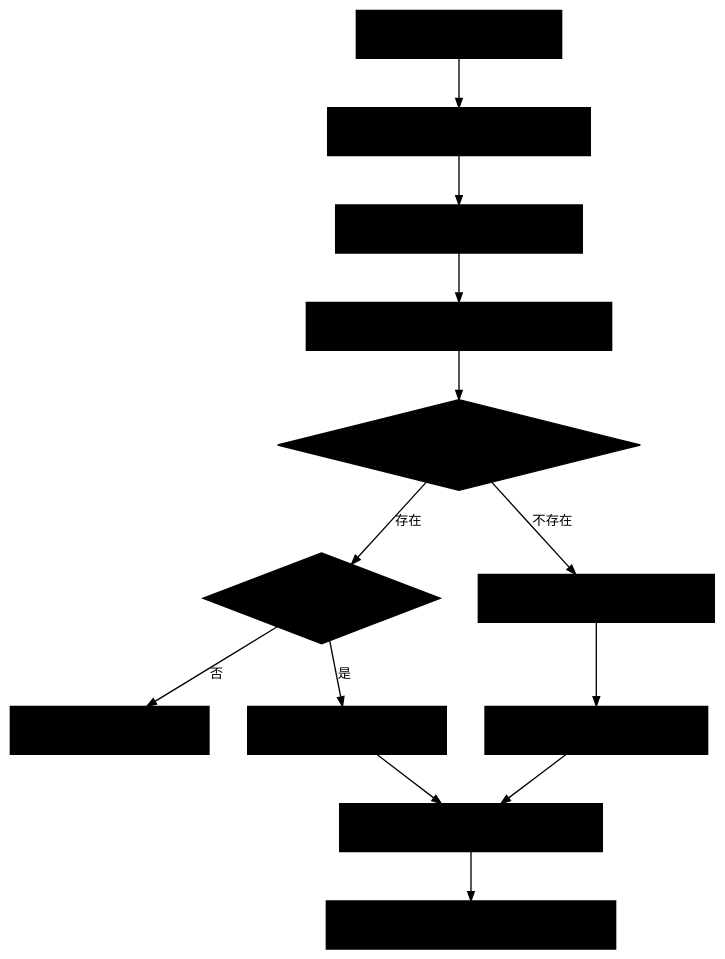
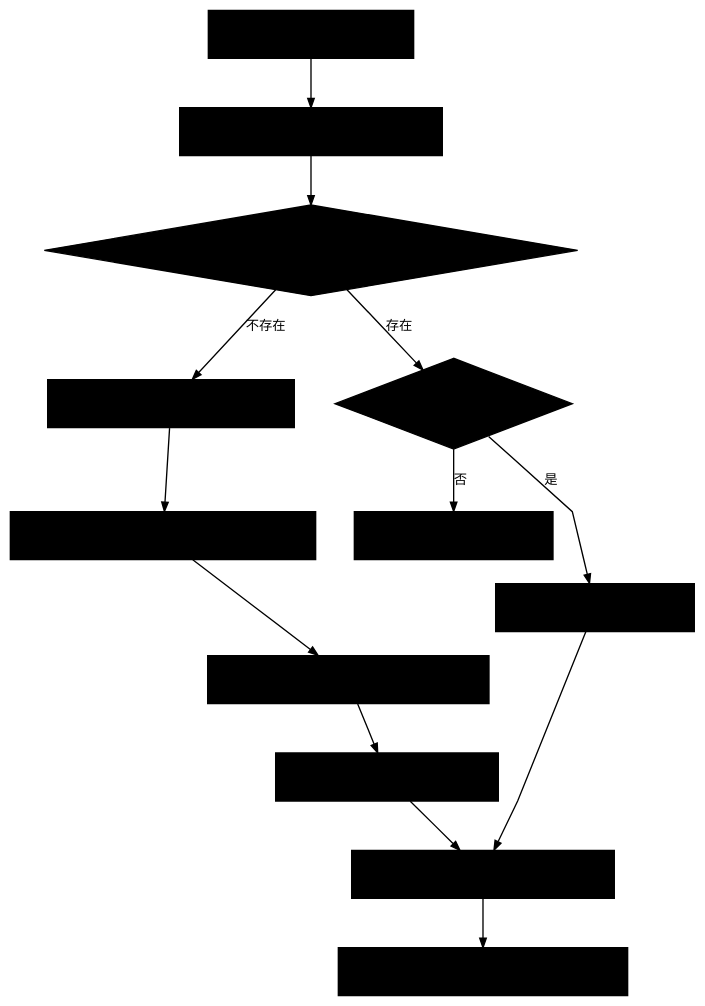
One commit to putianyi889/saolei_website changed the second of 2 diagrams in vitepress_doc/zh/guide/development/gsc-history-import.md. Above: the diagram before and after it, drawn with Graphviz. The commit also changed other lines of this file and 17 other files, not shown here.

````diff
--- a/vitepress_doc/zh/guide/development/gsc-history-import.md
+++ b/vitepress_doc/zh/guide/development/gsc-history-import.md
@@ -85,29 +85,30 @@
 ```dot
 digraph gsc_history_upload {
     graph [layout=dot, rankdir=TB, bgcolor="transparent", nodesep=0.4, ranksep=0.5, splines=polyline];
     node [shape=box, style=filled, fillcolor="${#f1f5f9|#1f2937}", color="${#94a3b8|#64748b}", fontcolor="${#0f172a|#e5e7eb}", fontsize=12];
     edge [color="${#64748b|#94a3b8}", fontcolor="${#475569|#cbd5e1}", fontsize=10, arrowsize=0.7];
 
     request [label="upload_history_video\n单文件 + 带时区上传时间", fillcolor="${#dbeafe|#1e3a5f}"];
     guard [label="API 事务内检查比赛权限、状态\n要求站内用户、非手工成绩参赛者", fillcolor="${#dbeafe|#1e3a5f}"];
     parse [label="MSVideoParser\n拒绝未完成录像，保留审核结论"];
     identifier [label="检查标识安全与归属\n合法录像标识不匹配则为 IDENTIFIER"];
-    duplicate [shape=diamond, label="find_identical_video\n是否存在相同文件？"];
+    duplicate [shape=diamond, label="原始文件 96 位哈希\nfind_identical_video 是否命中？"];
     owner [shape=diamond, label="文件是否属于\n目标用户？"];
     conflict [label="409：拒绝归属冲突\n不修改原录像和上传时间", fillcolor="${#fee2e2|#7f1d1d}"];
     reuse [label="复用既有 VideoModel\n仅当请求时间更早时保存", fillcolor="${#dcfce7|#14532d}"];
-    create [label="create_from_parser\n创建录像并传入 upload_time", fillcolor="${#dcfce7|#14532d}"];
+    create [label="create_from_parser\n传入 original_hash、upload_time", fillcolor="${#dcfce7|#14532d}"];
     save_time [label="set_import_upload_time\n创建后覆盖 auto_now_add"];
     link [label="tournament.videos.add(video)\n显式关联历史比赛，M2M 去重", fillcolor="${#dcfce7|#14532d}"];
     response [label="返回 VideoBaseOut\n成功入库不等于 OFFICIAL 或已计分", fillcolor="${#dbeafe|#1e3a5f}"];
 
-    request -> guard -> parse -> identifier -> duplicate;
+    request -> guard -> duplicate;
     duplicate -> owner [label="存在"];
-    duplicate -> create [label="不存在"];
+    duplicate -> parse [label="不存在"];
+    parse -> identifier -> create;
     owner -> conflict [label="否"];
     owner -> reuse [label="是"];
     create -> save_time -> link;
     reuse -> link;
     link -> response;
 }
 ```
````
